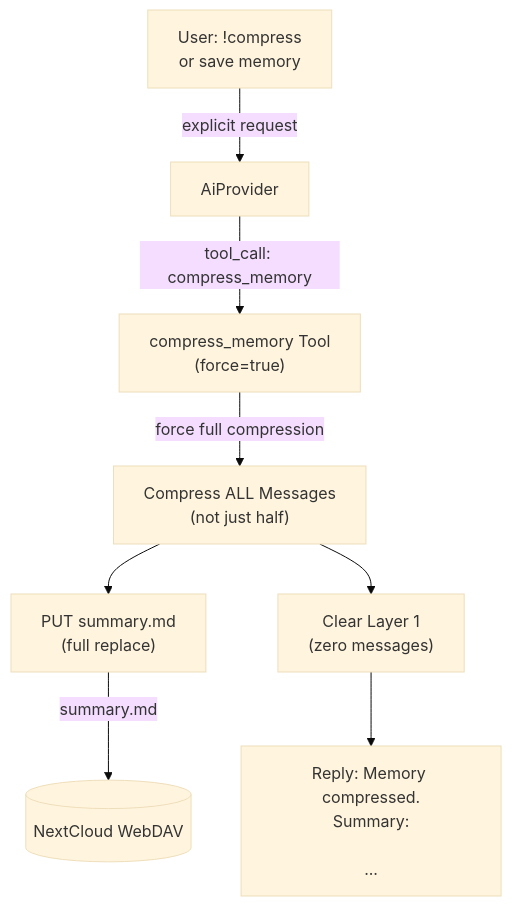
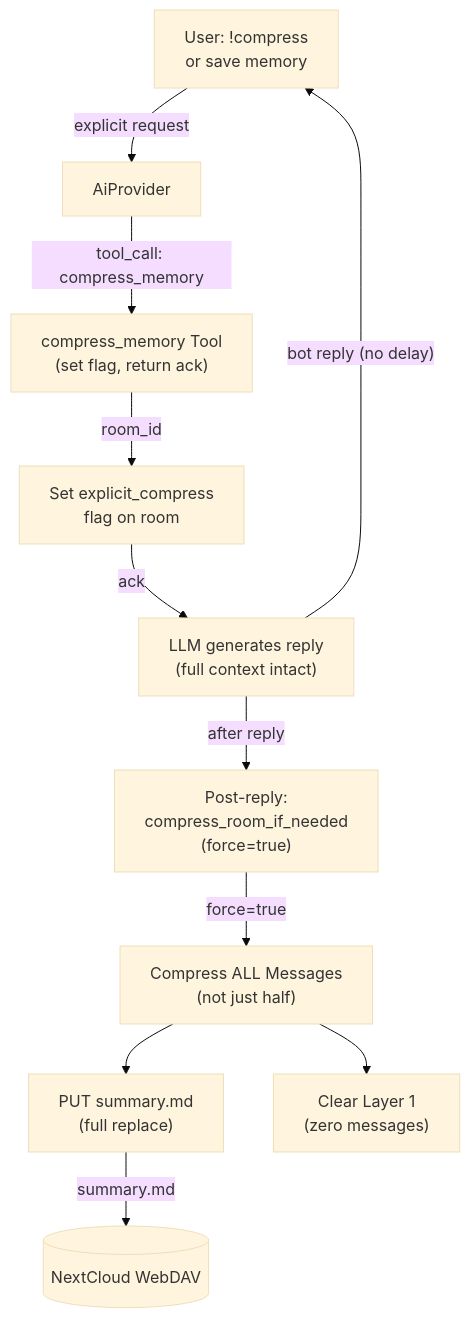
Before and after one commit to cosmoswafer/rockbot: the third of 6 diagrams in _dfd/base/memory-compression.md, drawn with Mermaid (base theme). The commit also changed other lines of this file and 2 other files, not shown here.

First line of the commit message:
docs: update DFDs for flag-driven post-reply compress_memory

````diff
--- a/_dfd/base/memory-compression.md
+++ b/_dfd/base/memory-compression.md
@@ -116,19 +131,24 @@
 ```mermaid
 flowchart TD
     USER["User: !compress<br/>or save memory"]
     AI[AiProvider]
-    TOOL["compress_memory Tool<br/>(force=true)"]
+    TOOL["compress_memory Tool<br/>(set flag, return ack)"]
+    FLAG["Set explicit_compress<br/>flag on room"]
+    LLM_REPLY["LLM generates reply<br/>(full context intact)"]
+    POST["Post-reply:<br/>compress_room_if_needed<br/>(force=true)"]
     FULL["Compress ALL Messages<br/>(not just half)"]
     WRITE["PUT summary.md<br/>(full replace)"]
     CLEAR["Clear Layer 1<br/>(zero messages)"]
-    REPLY["Reply: Memory compressed.<br/>Summary:\n\n..."]
     DAV[(NextCloud WebDAV)]
 
     USER -->|"explicit request"| AI
     AI -->|"tool_call: compress_memory"| TOOL
-    TOOL -->|"force full compression"| FULL
+    TOOL -->|"room_id"| FLAG
+    FLAG -->|"ack"| LLM_REPLY
+    LLM_REPLY -->|"bot reply (no delay)"| USER
+    LLM_REPLY -->|"after reply"| POST
+    POST -->|"force=true"| FULL
     FULL --> WRITE
     FULL --> CLEAR
     WRITE -->|"summary.md"| DAV
-    CLEAR --> REPLY
 ```
````
